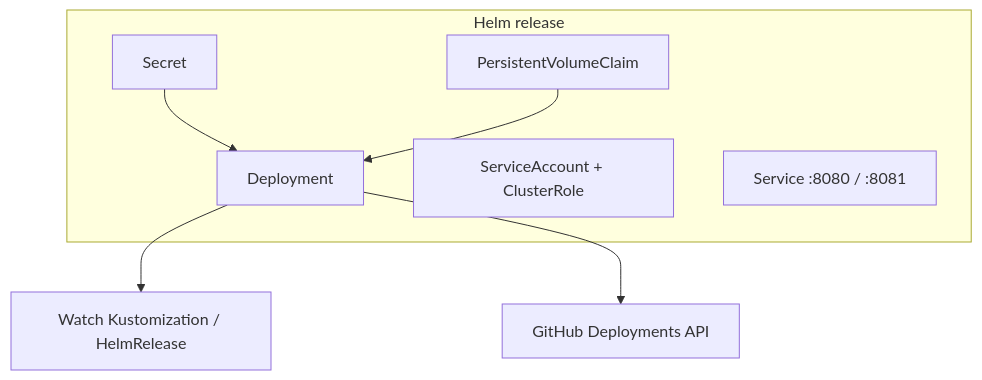
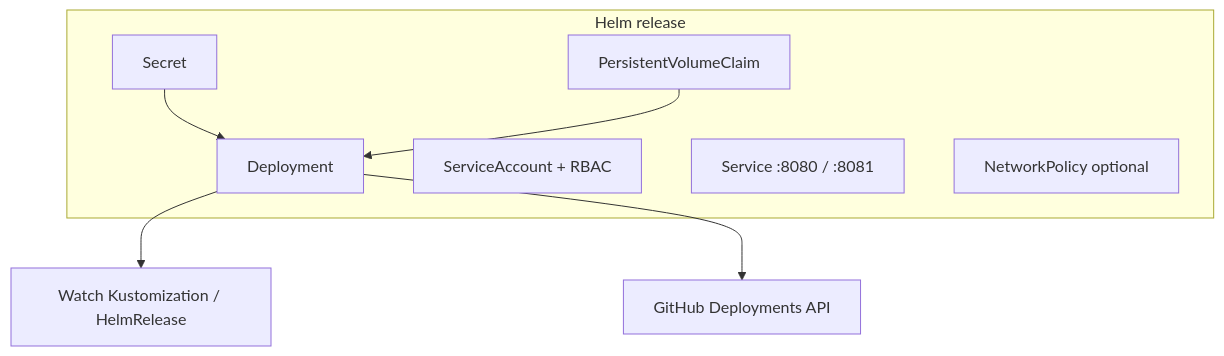
One commit to roberteggl/github-deployment-bridge changed the diagram in docs/install/helm.md. Above: the diagram before and after it, drawn with Mermaid. The commit also changed other lines of this file and 10 other files, not shown here.

First line of the commit message:
fix(helm): scope RBAC, add NetworkPolicy, harden single-writer HA.

````diff
--- a/docs/install/helm.md
+++ b/docs/install/helm.md
@@ -66,14 +66,15 @@
 ```mermaid
 flowchart TB
   subgraph chart[Helm release]
     D[Deployment]
-    SA[ServiceAccount + ClusterRole]
+    SA[ServiceAccount + RBAC]
     S[Secret]
     PVC[PersistentVolumeClaim]
     SVC[Service :8080 / :8081]
+    NP[NetworkPolicy optional]
   end
   D --> Flux[Watch Kustomization / HelmRelease]
   D --> GH[GitHub Deployments API]
   S --> D
   PVC --> D
 ```
````
